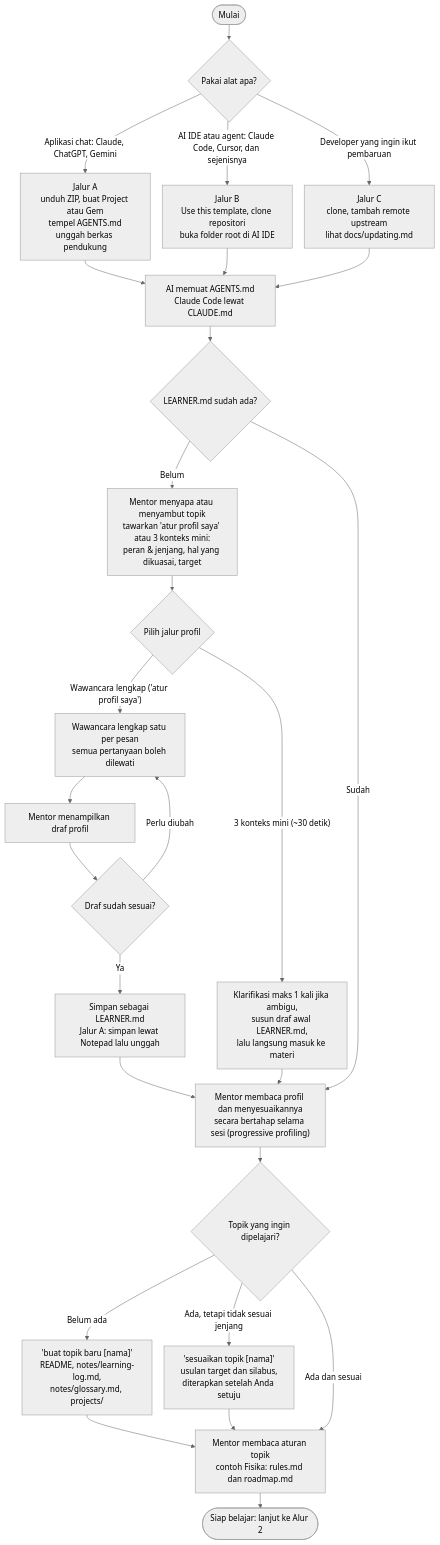
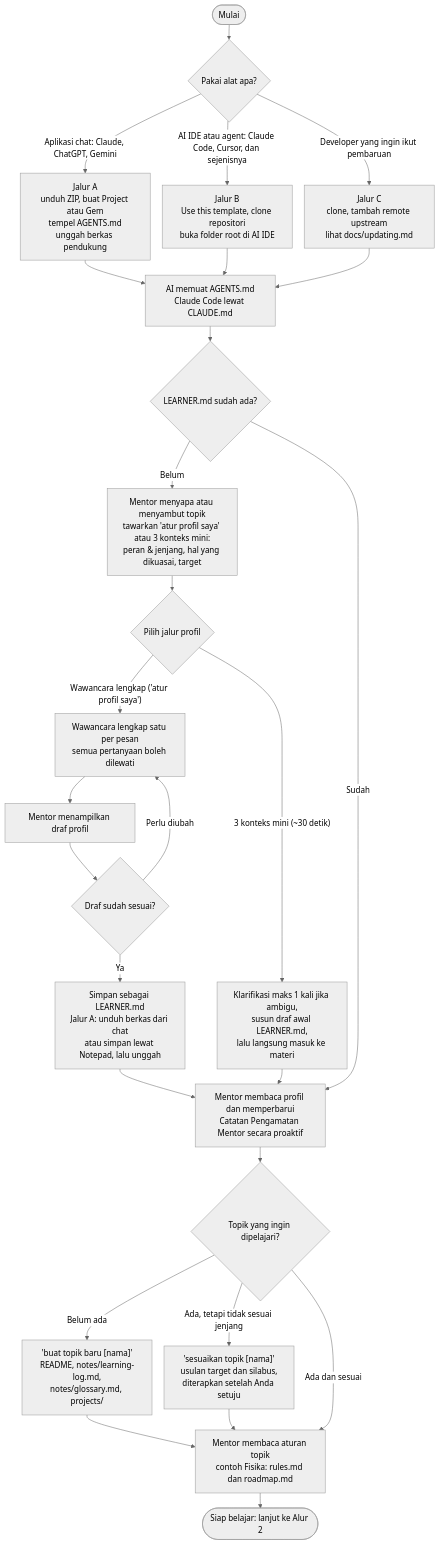
Before and after one commit to Raguna633/l2se: the first of 7 diagrams in docs/cara-kerja.md, drawn with Mermaid (neutral theme). The commit also changed other lines of this file and 4 other files, not shown here.

First line of the commit message:
feat(memory): tambah pembaruan memori proaktif, catatan pengamatan mentor, dan berkas unduhan web chat

````diff
--- a/docs/cara-kerja.md
+++ b/docs/cara-kerja.md
@@ -26,34 +26,34 @@
 ```mermaid
 %%{init: {"flowchart": {"nodeSpacing": 24, "rankSpacing": 30}}}%%
 flowchart TD
     A([Mulai]) --> B{"Pakai alat apa?"}
     B -->|"Aplikasi chat: Claude, ChatGPT, Gemini"| C["Jalur A<br/>unduh ZIP, buat Project atau Gem<br/>tempel AGENTS.md<br/>unggah berkas pendukung"]
     B -->|"AI IDE atau agent: Claude Code, Cursor, dan sejenisnya"| D["Jalur B<br/>Use this template, clone repositori<br/>buka folder root di AI IDE"]
     B -->|"Developer yang ingin ikut pembaruan"| E["Jalur C<br/>clone, tambah remote upstream<br/>lihat docs/updating.md"]
     C --> F
     D --> F
     E --> F
     F["AI memuat AGENTS.md<br/>Claude Code lewat CLAUDE.md"] --> G{"LEARNER.md sudah ada?"}
 
     G -->|"Belum"| H["Mentor menyapa atau menyambut topik<br/>tawarkan 'atur profil saya' atau 3 konteks mini:<br/>peran & jenjang, hal yang dikuasai, target"]
     H --> I{"Pilih jalur profil"}
     I -->|"Wawancara lengkap ('atur profil saya')"| J["Wawancara lengkap satu per pesan<br/>semua pertanyaan boleh dilewati"]
     I -->|"3 konteks mini (~30 detik)"| M0["Klarifikasi maks 1 kali jika ambigu,<br/>susun draf awal LEARNER.md,<br/>lalu langsung masuk ke materi"]
     J --> K["Mentor menampilkan draf profil"]
     K --> L{"Draf sudah sesuai?"}
     L -->|"Perlu diubah"| J
-    L -->|"Ya"| M["Simpan sebagai LEARNER.md<br/>Jalur A: simpan lewat Notepad lalu unggah"]
-    M0 --> O["Mentor membaca profil dan menyesuaikannya<br/>secara bertahap selama sesi (progressive profiling)"]
+    L -->|"Ya"| M["Simpan sebagai LEARNER.md<br/>Jalur A: unduh berkas dari chat<br/>atau simpan lewat Notepad, lalu unggah"]
+    M0 --> O["Mentor membaca profil dan memperbarui<br/>Catatan Pengamatan Mentor secara proaktif"]
 
     G -->|"Sudah"| O
     M --> O
     O --> P
 
     P{"Topik yang ingin dipelajari?"}
     P -->|"Belum ada"| Q["'buat topik baru [nama]'<br/>README, notes/learning-log.md,<br/>notes/glossary.md, projects/"]
     P -->|"Ada, tetapi tidak sesuai jenjang"| R["'sesuaikan topik [nama]'<br/>usulan target dan silabus,<br/>diterapkan setelah Anda setuju"]
     P -->|"Ada dan sesuai"| S
     Q --> S
     R --> S
     S["Mentor membaca aturan topik<br/>contoh Fisika: rules.md dan roadmap.md"] --> T([Siap belajar: lanjut ke Alur 2])
 ```
````
